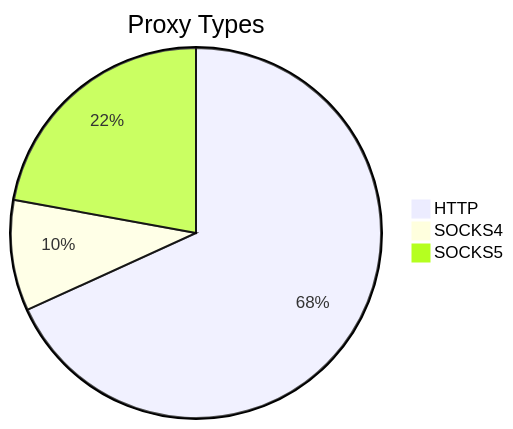
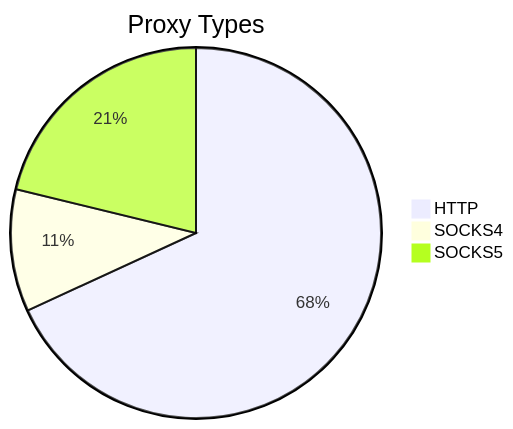
Before and after one commit to stormsia/proxy-list: the first of 2 diagrams in README.md, drawn with Mermaid. The commit also changed other lines of this file, not shown here.

````diff
--- a/README.md
+++ b/README.md
@@ -21,6 +21,6 @@
 ```mermaid
 pie title Proxy Types
-    "HTTP" : 416
-    "SOCKS4" : 59
-    "SOCKS5" : 135
+    "HTTP" : 479
+    "SOCKS4" : 75
+    "SOCKS5" : 149
 ```
````
